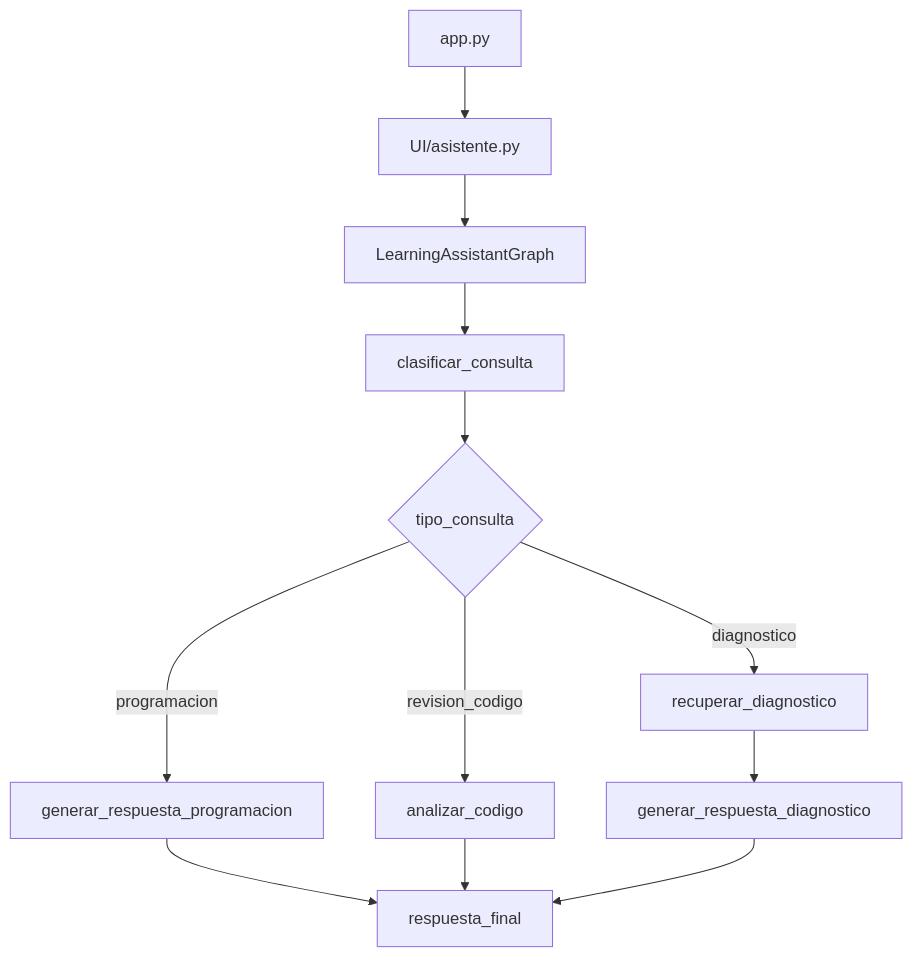
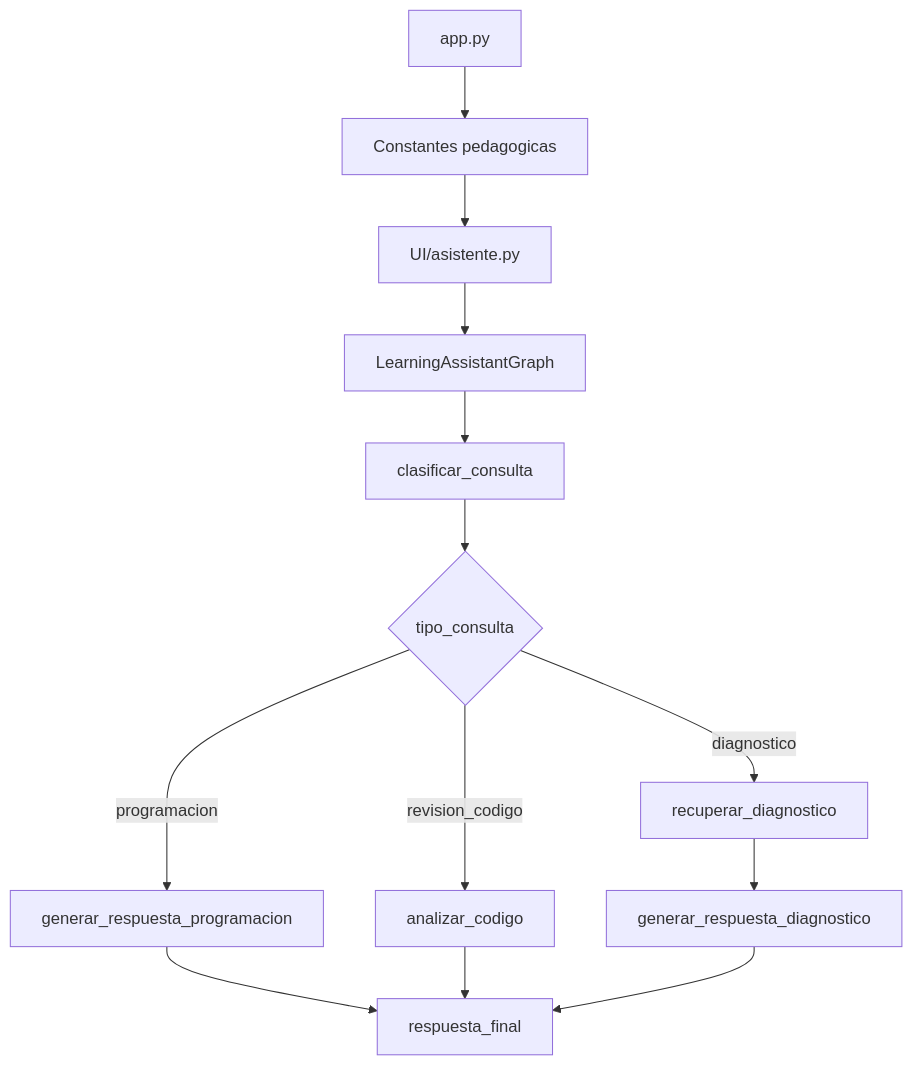
The second of 3 diagrams in Documentacion/ARQUITECTURA_PROYECTO.md (jose6668/IA-Lanchaing), drawn with Mermaid before and after one commit. The commit also changed other lines of this file and 10 other files, not shown here.

````diff
--- a/Documentacion/ARQUITECTURA_PROYECTO.md
+++ b/Documentacion/ARQUITECTURA_PROYECTO.md
@@ -80,14 +102,15 @@
 ```mermaid
 flowchart TD
-    APP[app.py] --> ASIS[UI/asistente.py]
+    APP[app.py] --> CONST[Constantes pedagogicas]
+    CONST --> ASIS[UI/asistente.py]
     ASIS --> GRAPH[LearningAssistantGraph]
     GRAPH --> CLAS[clasificar_consulta]
     CLAS --> ROUTE{tipo_consulta}
     ROUTE -->|diagnostico| RAG[recuperar_diagnostico]
     ROUTE -->|programacion| PROG[generar_respuesta_programacion]
     ROUTE -->|revision_codigo| CODE[analizar_codigo]
     RAG --> DIAG[generar_respuesta_diagnostico]
     PROG --> FINAL[respuesta_final]
     CODE --> FINAL
     DIAG --> FINAL
 ```
````
